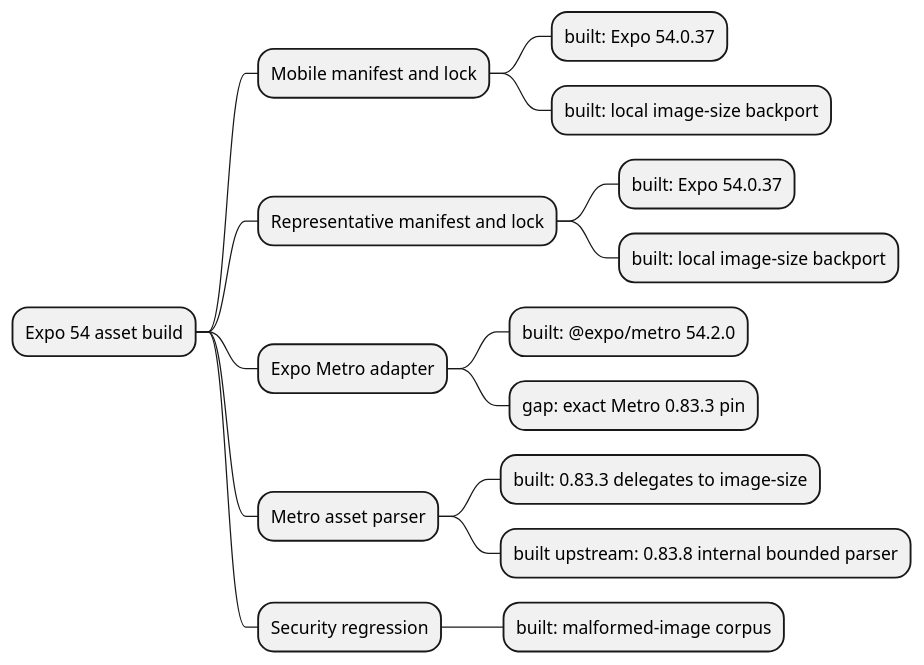
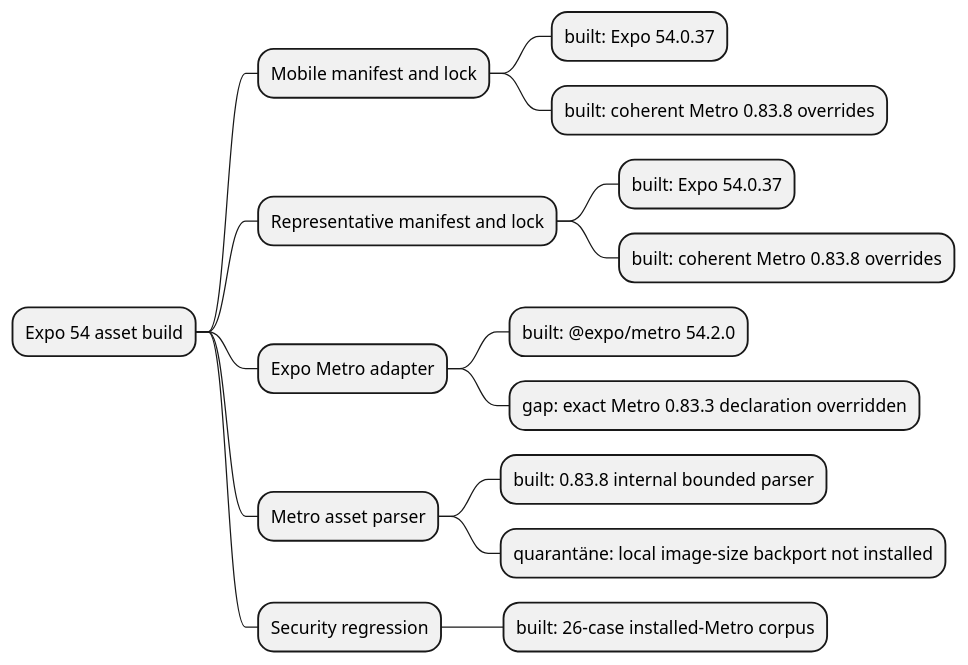
Before and after one commit to NeaBouli/pnyx: the first of 2 diagrams in docs/architecture/map.puml, drawn with PlantUML. The commit also changed other lines of this file and 11 other files, not shown here.

First line of the commit message:
fix(mobile): adopt Metro 0.83.8 image parser, drop image-size (T-506)

```diff
--- a/docs/architecture/map.puml
+++ b/docs/architecture/map.puml
@@ -1,17 +1,17 @@
 @startmindmap
 * Expo 54 asset build
 ** Mobile manifest and lock
 *** built: Expo 54.0.37
-*** built: local image-size backport
+*** built: coherent Metro 0.83.8 overrides
 ** Representative manifest and lock
 *** built: Expo 54.0.37
-*** built: local image-size backport
+*** built: coherent Metro 0.83.8 overrides
 ** Expo Metro adapter
 *** built: @expo/metro 54.2.0
-*** gap: exact Metro 0.83.3 pin
+*** gap: exact Metro 0.83.3 declaration overridden
 ** Metro asset parser
-*** built: 0.83.3 delegates to image-size
-*** built upstream: 0.83.8 internal bounded parser
+*** built: 0.83.8 internal bounded parser
+*** quarantäne: local image-size backport not installed
 ** Security regression
-*** built: malformed-image corpus
+*** built: 26-case installed-Metro corpus
 @endmindmap
```
